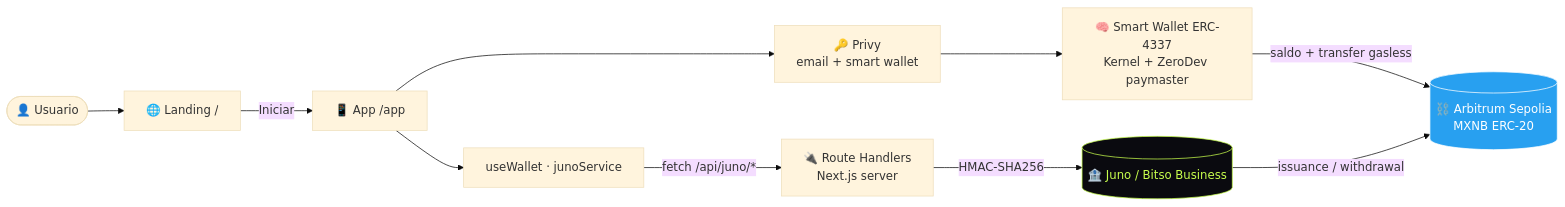
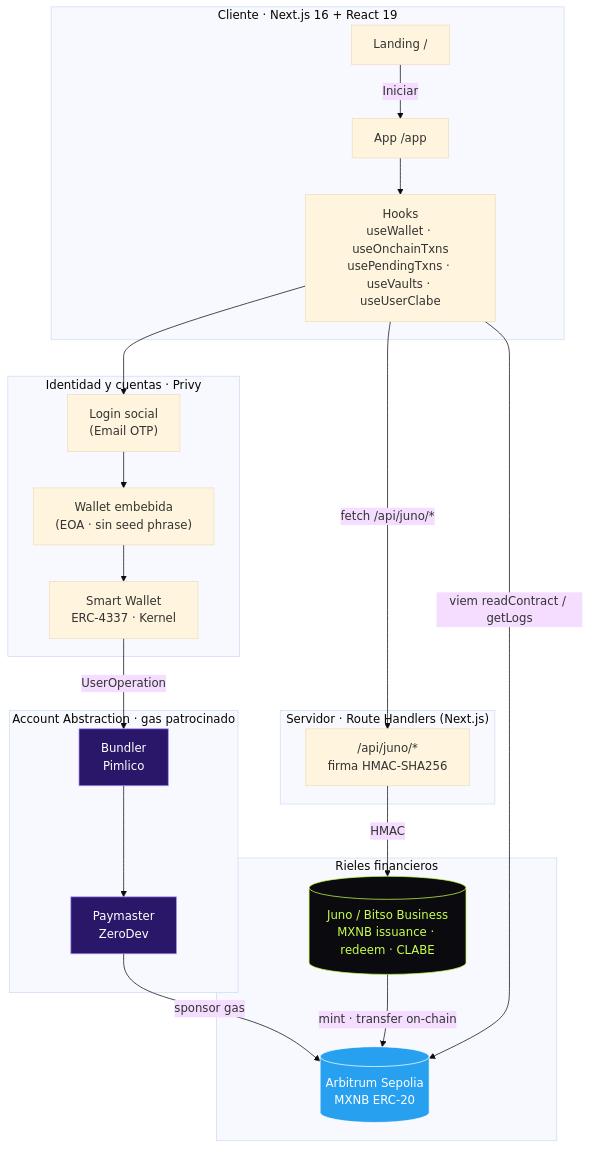
The first of 6 diagrams in README.md (Seyfert-Labs/SEYF-P), drawn with Mermaid (base theme) before and after one commit. The commit also changed other lines of this file and 8 other files, not shown here.

````diff
--- a/README.md
+++ b/README.md
@@ -77,20 +88,44 @@
 ```mermaid
-flowchart LR
-  U([👤 Usuario]) --> LP[🌐 Landing /]
-  LP -->|Iniciar| APP[📱 App /app]
+flowchart TB
+    subgraph Client["Cliente · Next.js 16 + React 19"]
+        Landing["Landing /"]
+        App["App /app"]
+        Hooks["Hooks<br/>useWallet · useOnchainTxns<br/>usePendingTxns · useVaults · useUserClabe"]
+    end
 
-  APP --> PRIVY[🔑 Privy<br/>email + smart wallet]
-  APP --> SVC[useWallet · junoService]
+    subgraph Auth["Identidad y cuentas · Privy"]
+        Login["Login social<br/>(Email OTP)"]
+        Embedded["Wallet embebida<br/>(EOA · sin seed phrase)"]
+        Smart["Smart Wallet<br/>ERC-4337 · Kernel"]
+    end
 
-  SVC -->|fetch /api/juno/*| RH[🔌 Route Handlers<br/>Next.js server]
-  RH -->|HMAC-SHA256| JUNO[(🏦 Juno / Bitso Business)]
+    subgraph AA["Account Abstraction · gas patrocinado"]
+        Bundler["Bundler<br/>Pimlico"]
+        Paymaster["Paymaster<br/>ZeroDev"]
+    end
 
-  PRIVY --> AA[🧠 Smart Wallet ERC-4337<br/>Kernel + ZeroDev paymaster]
-  AA -->|saldo + transfer gasless| ARB[(⛓️ Arbitrum Sepolia<br/>MXNB ERC-20)]
-  JUNO -->|issuance / withdrawal| ARB
+    subgraph Server["Servidor · Route Handlers (Next.js)"]
+        API["/api/juno/*<br/>firma HMAC-SHA256"]
+    end
 
-  classDef chain fill:#28A0F0,stroke:#fff,color:#fff;
-  classDef juno fill:#0A0A0F,stroke:#C8FF4D,color:#C8FF4D;
-  class ARB chain
-  class JUNO juno
+    subgraph Rails["Rieles financieros"]
+        Juno[("Juno / Bitso Business<br/>MXNB issuance · redeem · CLABE")]
+        Arb[("Arbitrum Sepolia<br/>MXNB ERC-20")]
+    end
+
+    Landing -->|Iniciar| App
+    App --> Hooks
+    Login --> Embedded --> Smart
+    Hooks --> Login
+    Smart -->|UserOperation| Bundler --> Paymaster -->|sponsor gas| Arb
+    Hooks -->|fetch /api/juno/*| API -->|HMAC| Juno
+    Juno -->|mint · transfer on-chain| Arb
+    Hooks -->|viem readContract / getLogs| Arb
+
+    classDef chain fill:#28A0F0,stroke:#fff,color:#fff;
+    classDef juno fill:#0A0A0F,stroke:#C8FF4D,color:#C8FF4D;
+    classDef aa fill:#2B1769,stroke:#A78BFA,color:#fff;
+    class Arb chain
+    class Juno juno
+    class Bundler,Paymaster aa
 ```
````
